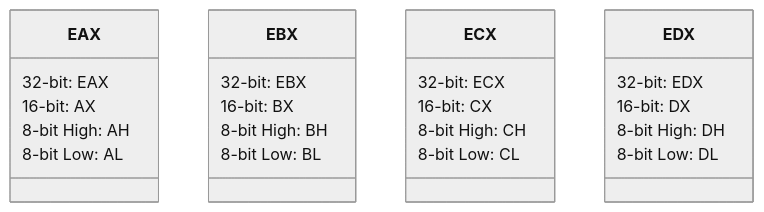
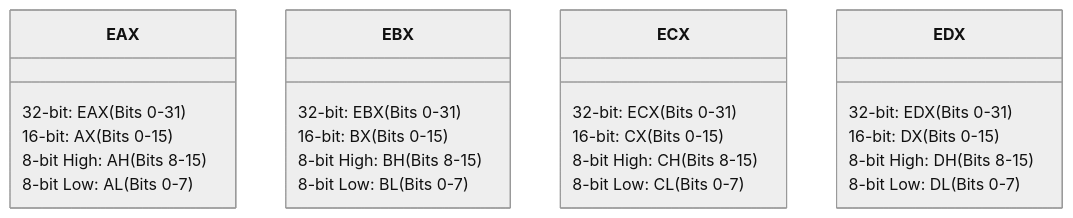
One commit to 3bdo-fathi/3bdo-fathi.github.io changed the second of 3 diagrams in _posts/2026-11-12-ecppt-v3-part-1-system-security-x86-assembly.md. Above: the diagram before and after it, drawn with Mermaid (neutral theme). The commit also changed other lines of this file and 11 other files, not shown here.

````diff
--- a/_posts/2026-11-12-ecppt-v3-part-1-system-security-x86-assembly.md
+++ b/_posts/2026-11-12-ecppt-v3-part-1-system-security-x86-assembly.md
@@ -72,27 +72,27 @@
 ```mermaid
 classDiagram
     class EAX {
-        32-bit: EAX
-        16-bit: AX
-        8-bit High: AH
-        8-bit Low: AL
+        32-bit: EAX (Bits 0-31)
+        16-bit: AX (Bits 0-15)
+        8-bit High: AH (Bits 8-15)
+        8-bit Low: AL (Bits 0-7)
     }
     class EBX {
-        32-bit: EBX
-        16-bit: BX
-        8-bit High: BH
-        8-bit Low: BL
+        32-bit: EBX (Bits 0-31)
+        16-bit: BX (Bits 0-15)
+        8-bit High: BH (Bits 8-15)
+        8-bit Low: BL (Bits 0-7)
     }
     class ECX {
-        32-bit: ECX
-        16-bit: CX
-        8-bit High: CH
-        8-bit Low: CL
+        32-bit: ECX (Bits 0-31)
+        16-bit: CX (Bits 0-15)
+        8-bit High: CH (Bits 8-15)
+        8-bit Low: CL (Bits 0-7)
     }
     class EDX {
-        32-bit: EDX
-        16-bit: DX
-        8-bit High: DH
-        8-bit Low: DL
+        32-bit: EDX (Bits 0-31)
+        16-bit: DX (Bits 0-15)
+        8-bit High: DH (Bits 8-15)
+        8-bit Low: DL (Bits 0-7)
     }
 ```
````
